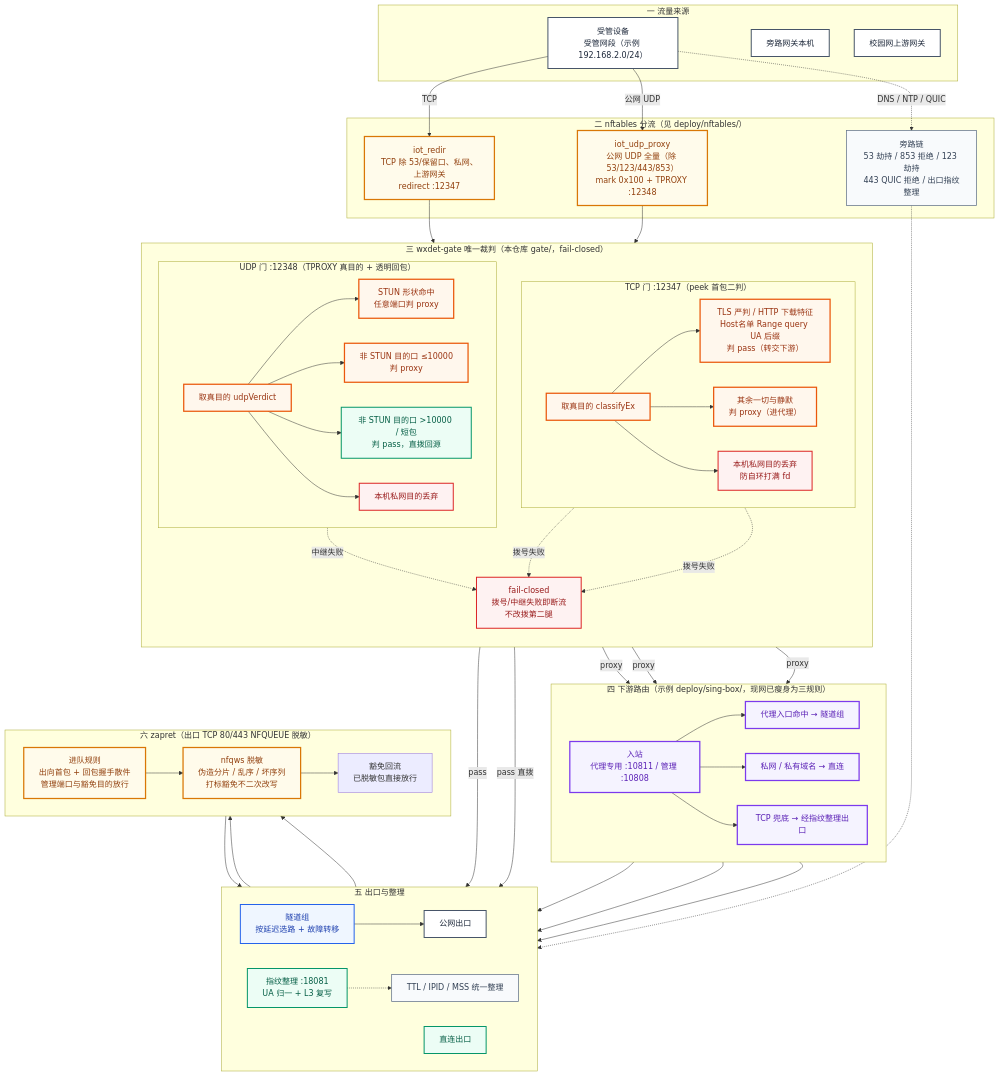
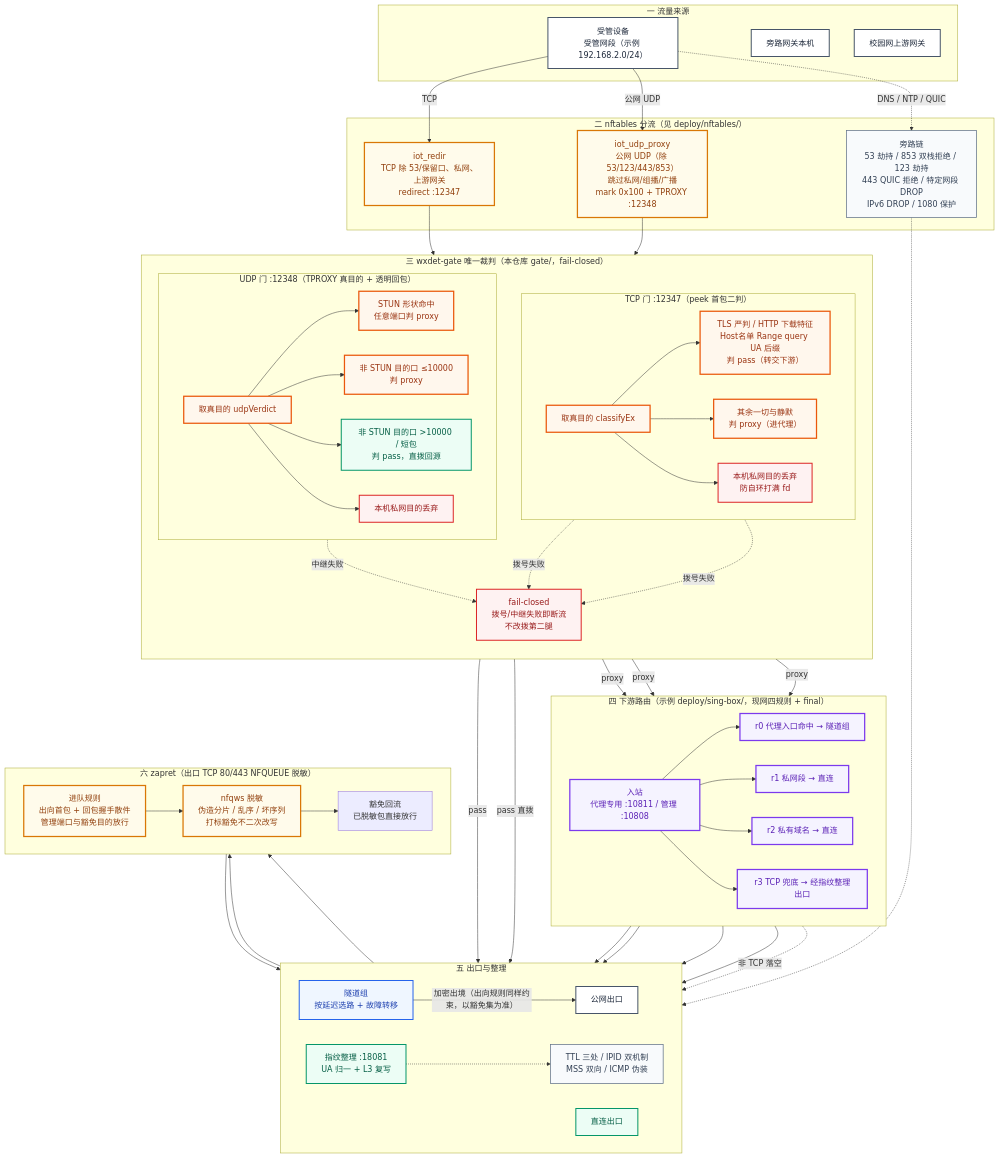
Before and after one commit to dc17c1a/campus-device-bypass: the diagram in README.md, drawn with Mermaid. The commit also changed other lines of this file and 19 other files, not shown here.

```diff
--- a/README.md
+++ b/README.md
@@ -72,8 +72,8 @@
 
     subgraph NFT["二 nftables 分流（见 deploy/nftables/）"]
         R1["iot_redir<br/>TCP 除 53/保留口、私网、上游网关<br/>redirect :12347"]
-        R2["iot_udp_proxy<br/>公网 UDP 全量（除 53/123/443/853）<br/>mark 0x100 + TPROXY :12348"]
-        R3["旁路链<br/>53 劫持 / 853 拒绝 / 123 劫持<br/>443 QUIC 拒绝 / 出口指纹整理"]
+        R2["iot_udp_proxy<br/>公网 UDP（除 53/123/443/853）<br/>跳过私网/组播/广播<br/>mark 0x100 + TPROXY :12348"]
+        R3["旁路链<br/>53 劫持 / 853 双栈拒绝 / 123 劫持<br/>443 QUIC 拒绝 / 特定网段 DROP<br/>IPv6 DROP / 1080 保护"]
     end
 
     subgraph GATE["三 wxdet-gate 唯一裁判（本仓库 gate/，fail-closed）"]
@@ -96,12 +96,13 @@
         GF["fail-closed<br/>拨号/中继失败即断流<br/>不改拨第二腿"]
     end
 
-    subgraph SB["四 下游路由（示例 deploy/sing-box/，现网已瘦身为三规则）"]
+    subgraph SB["四 下游路由（示例 deploy/sing-box/，现网四规则 + final）"]
         direction LR
         SI["入站<br/>代理专用 :10811 / 管理 :10808"]
-        SR0["代理入口命中 → 隧道组"]
-        SR1["私网 / 私有域名 → 直连"]
-        SR2["TCP 兜底 → 经指纹整理出口"]
+        SR0["r0 代理入口命中 → 隧道组"]
+        SR1["r1 私网段 → 直连"]
+        SR2a["r2 私有域名 → 直连"]
+        SR2["r3 TCP 兜底 → 经指纹整理出口"]
     end
 
     subgraph EG["五 出口与整理"]
@@ -110,7 +111,7 @@
         PX["隧道组<br/>按延迟选路 + 故障转移"]
         DR["直连出口"]
         NET["公网出口"]
-        FP["TTL / IPID / MSS 统一整理"]
+        FP["TTL 三处 / IPID 双机制<br/>MSS 双向 / ICMP 伪装"]
     end
 
     subgraph ZAP["六 zapret（出口 TCP 80/443 NFQUEUE 脱敏）"]
@@ -140,16 +141,19 @@
     GS -.->|"中继失败"| GF
     SI --> SR0
     SI --> SR1
+    SI --> SR2a
     SI --> SR2
     SR0 --> PX
     SR1 --> DR
+    SR2a --> DR
     SR2 --> UA
+    SR2 -.->|"非 TCP 落空"| DR
     UA --> ZQ
     DR --> ZQ
     ZQ --> ZN
     ZN --> ZX
     ZX --> NET
-    PX --> NET
+    PX -->|"加密出境（出向规则同样约束，以豁免集为准）"| NET
     UA -.-> FP
     R3 -.-> FP
 
@@ -165,7 +169,7 @@
     class C,GW,UP,NET src;
     class R1,R2,ZQ,ZN nft;
     class GT,GU,GP,GX,GS,GL gate;
-    class SI,SR0,SR1,SR2 sb;
+    class SI,SR0,SR1,SR2,SR2a sb;
     class PX tun;
     class UA,DR,GH ok;
     class GD,GUD,GF drop;
```
